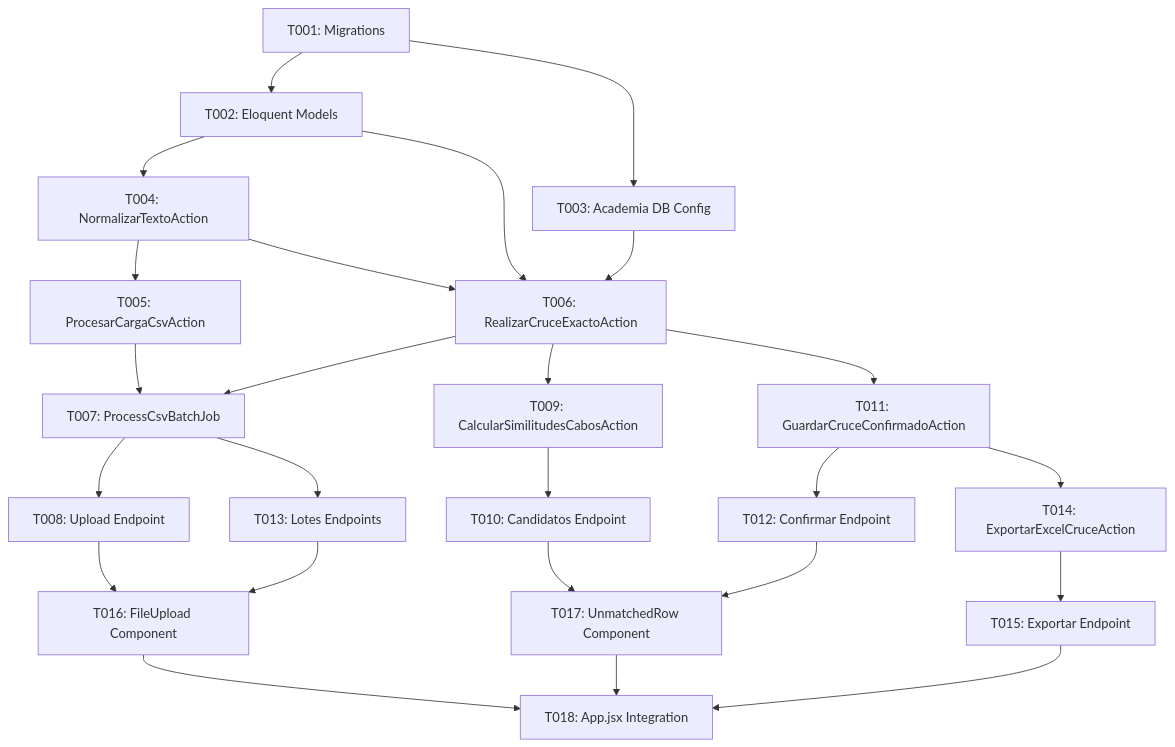
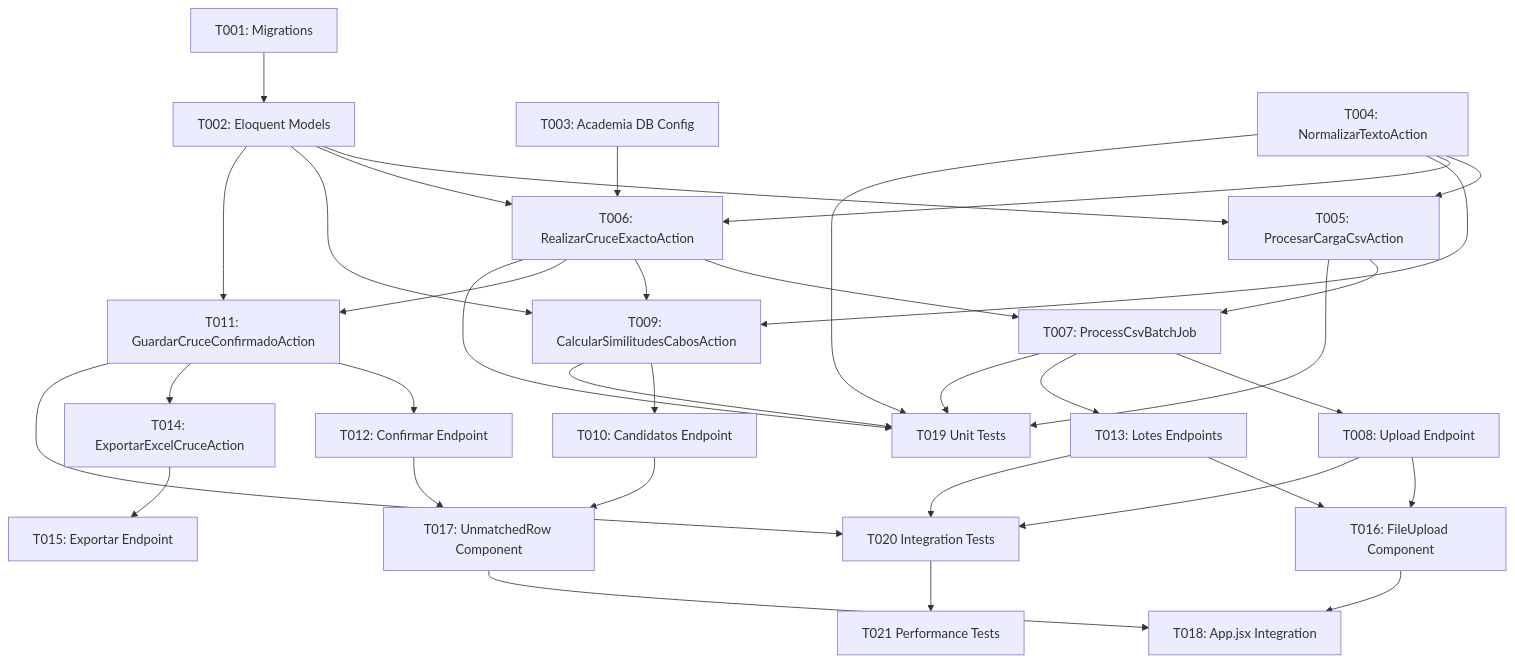
One commit to renzo971/proyectovonex changed the diagram in .specify/specs/001-motor-cruce-ingresantes/tasks.md. Above: the diagram before and after it, drawn with Mermaid. The commit also changed other lines of this file and 1 other file, not shown here.

Commit message:
docs(cruce): update plan and tasks to include test task definitions

````diff
--- a/.specify/specs/001-motor-cruce-ingresantes/tasks.md
+++ b/.specify/specs/001-motor-cruce-ingresantes/tasks.md
@@ -561,27 +628,39 @@
 ```mermaid
 graph TD
     T001[T001: Migrations] --> T002[T002: Eloquent Models]
-    T001 --> T003[T003: Academia DB Config]
-    T002 --> T004[T004: NormalizarTextoAction]
-    T004 --> T005[T005: ProcesarCargaCsvAction]
+    T003[T003: Academia DB Config]
+    T004[T004: NormalizarTextoAction]
+    T002 --> T005[T005: ProcesarCargaCsvAction]
+    T004 --> T005
     T003 --> T006[T006: RealizarCruceExactoAction]
     T002 --> T006
     T004 --> T006
     T005 --> T007[T007: ProcessCsvBatchJob]
     T006 --> T007
     T007 --> T008[T008: Upload Endpoint]
-    T006 --> T009[T009: CalcularSimilitudesCabosAction]
+    T002 --> T009[T009: CalcularSimilitudesCabosAction]
+    T004 --> T009
+    T006 --> T009
     T009 --> T010[T010: Candidatos Endpoint]
-    T006 --> T011[T011: GuardarCruceConfirmadoAction]
+    T002 --> T011[T011: GuardarCruceConfirmadoAction]
+    T006 --> T011
     T011 --> T012[T012: Confirmar Endpoint]
     T007 --> T013[T013: Lotes Endpoints]
     T011 --> T014[T014: ExportarExcelCruceAction]
     T014 --> T015[T015: Exportar Endpoint]
     T008 --> T016[T016: FileUpload Component]
     T013 --> T016
     T010 --> T017[T017: UnmatchedRow Component]
     T012 --> T017
     T016 --> T018[T018: App.jsx Integration]
     T017 --> T018
-    T015 --> T018
+    T004 --> T019[T019 Unit Tests]
+    T005 --> T019
+    T006 --> T019
+    T007 --> T019
+    T009 --> T019
+    T008 --> T020[T020 Integration Tests]
+    T011 --> T020
+    T013 --> T020
+    T020 --> T021[T021 Performance Tests]
 ```
````
